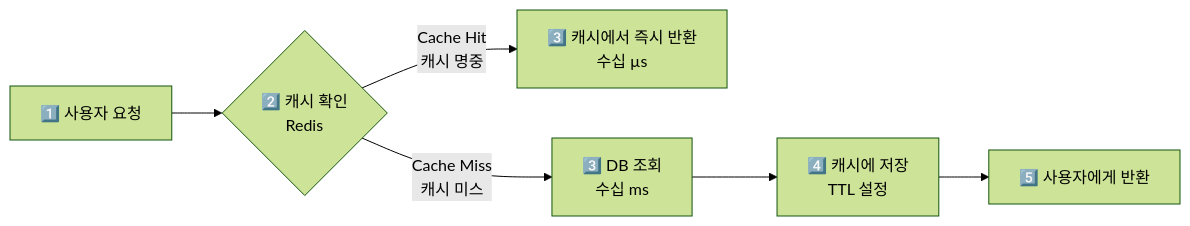
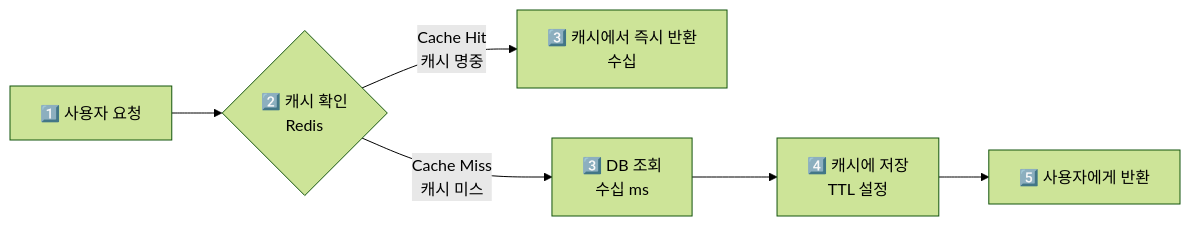
Before and after one commit to yjkim2015/yjkim2015.github.io: the tenth of 17 diagrams in _posts/systemdesign/2026-05-02-system-design-fundamentals.md, drawn with Mermaid (forest theme). The commit also changed other lines of this file and 271 other files, not shown here.

First line of the commit message:
Mermaid 라벨 축소: 긴 노드 텍스트 18자 이하로 트림 + \n 제거

````diff
--- a/_posts/systemdesign/2026-05-02-system-design-fundamentals.md
+++ b/_posts/systemdesign/2026-05-02-system-design-fundamentals.md
@@ -380,8 +380,8 @@
 ```mermaid
 graph LR
     A["1️⃣ 사용자 요청"] --> B{"2️⃣ 캐시 확인\nRedis"}
-    B -->|"Cache Hit\n캐시 명중"| C["3️⃣ 캐시에서 즉시 반환\n수십 µs"]
+    B -->|"Cache Hit\n캐시 명중"| C["3️⃣ 캐시에서 즉시 반환\n수십"]
     B -->|"Cache Miss\n캐시 미스"| D["3️⃣ DB 조회\n수십 ms"]
     D --> E["4️⃣ 캐시에 저장\nTTL 설정"]
     E --> F["5️⃣ 사용자에게 반환"]
 ```
````
